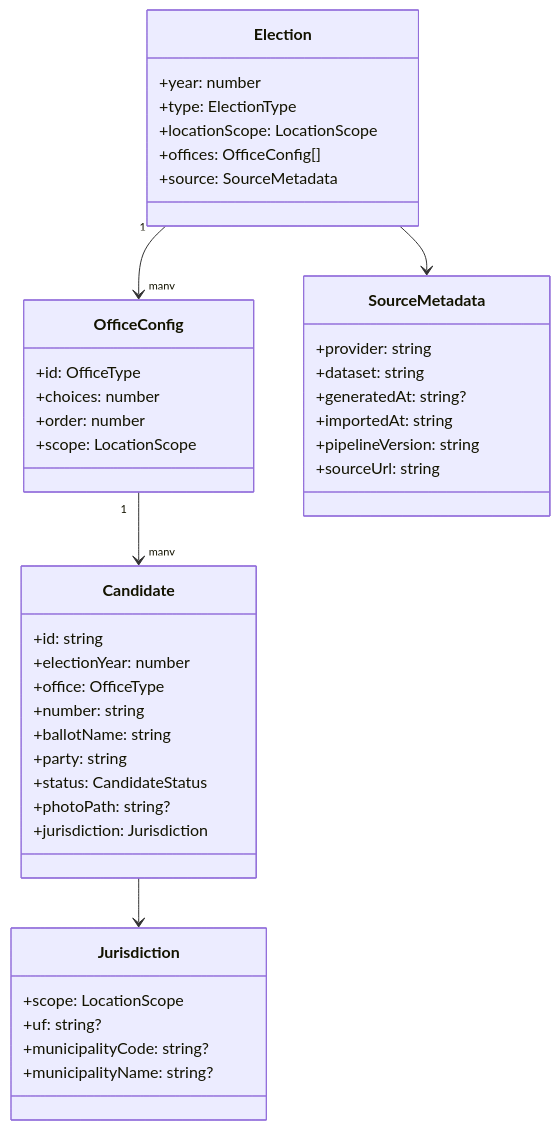
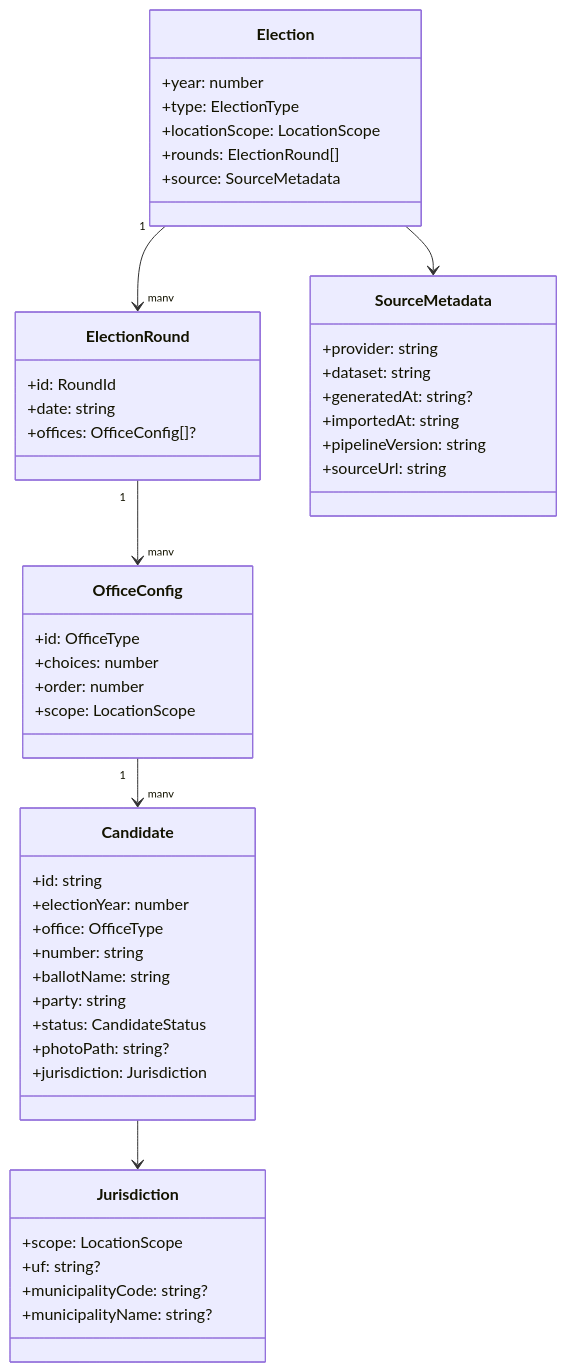
The diagram in docs/04-modelo-de-dados.md (PredoCampos/minha-colinha), drawn with Mermaid before and after one commit. The commit also changed other lines of this file and 32 other files, not shown here.

````diff
--- a/docs/04-modelo-de-dados.md
+++ b/docs/04-modelo-de-dados.md
@@ -27,50 +27,57 @@
 ```mermaid
 classDiagram
     class Election {
       +year: number
       +type: ElectionType
       +locationScope: LocationScope
-      +offices: OfficeConfig[]
+      +rounds: ElectionRound[]
       +source: SourceMetadata
+    }
+
+    class ElectionRound {
+      +id: RoundId
+      +date: string
+      +offices: OfficeConfig[]?
     }
 
     class OfficeConfig {
       +id: OfficeType
       +choices: number
       +order: number
       +scope: LocationScope
     }
 
     class Candidate {
       +id: string
       +electionYear: number
       +office: OfficeType
       +number: string
       +ballotName: string
       +party: string
       +status: CandidateStatus
       +photoPath: string?
       +jurisdiction: Jurisdiction
     }
 
     class Jurisdiction {
       +scope: LocationScope
       +uf: string?
       +municipalityCode: string?
       +municipalityName: string?
     }
 
     class SourceMetadata {
       +provider: string
       +dataset: string
       +generatedAt: string?
       +importedAt: string
       +pipelineVersion: string
       +sourceUrl: string
     }
 
-    Election "1" --> "many" OfficeConfig
+    Election "1" --> "many" ElectionRound
+    ElectionRound "1" --> "many" OfficeConfig
     OfficeConfig "1" --> "many" Candidate
     Candidate --> Jurisdiction
     Election --> SourceMetadata
 ```
````
